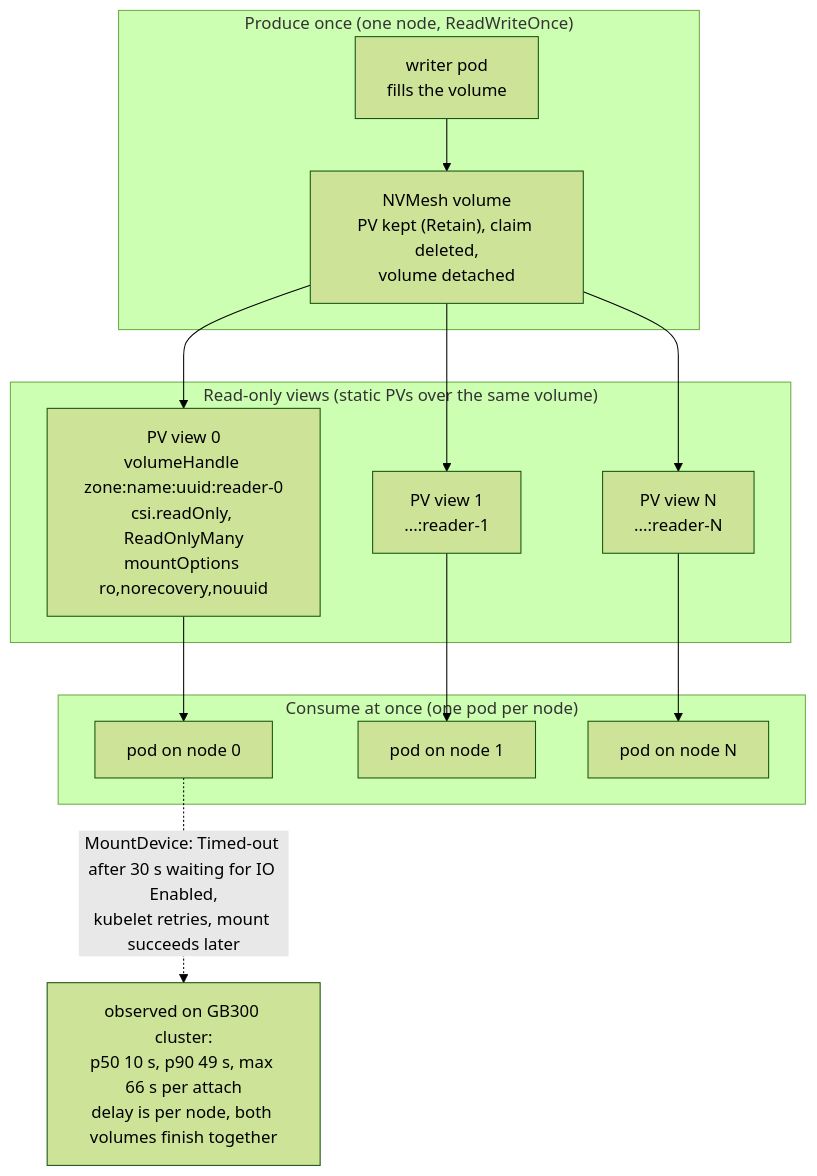
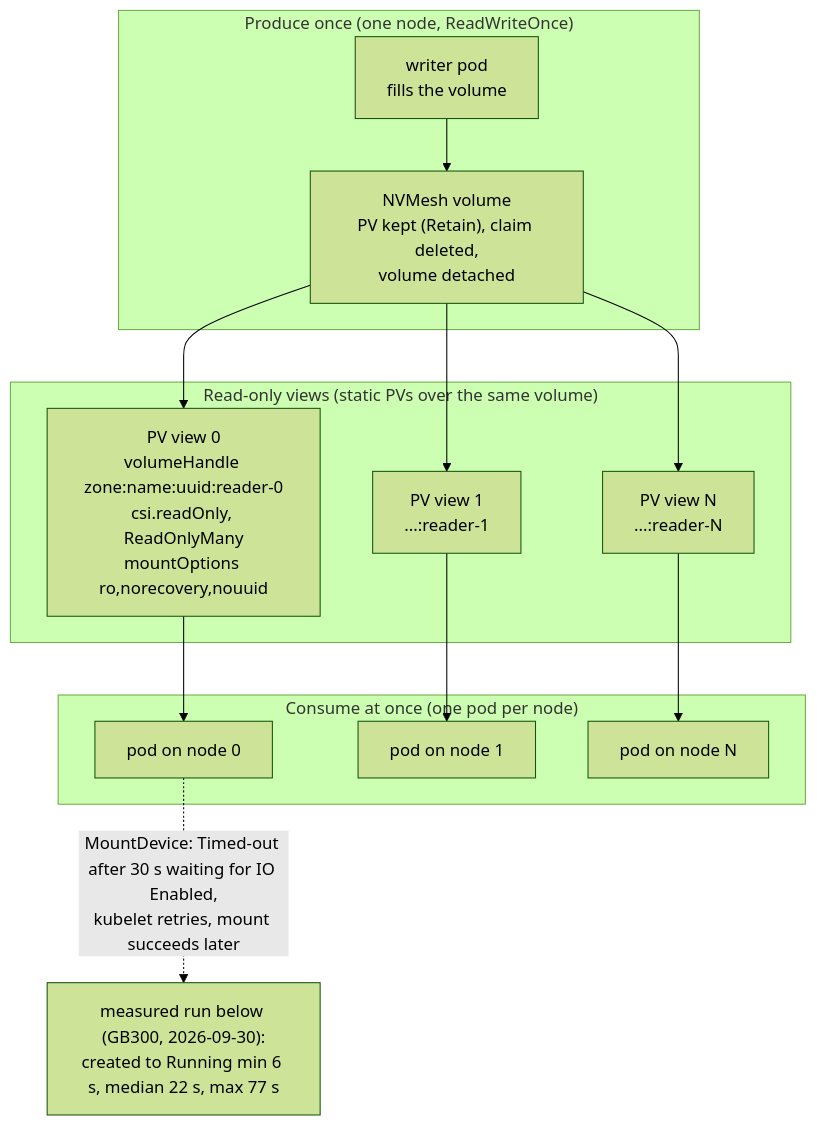
One commit to NVIDIA/nvcf changed the diagram in src/compute-plane-services/nvsnap/scripts/repro/nvmesh-shared-ro/README.md. Above: the diagram before and after it, drawn with Mermaid (forest theme). The commit also changed other lines of this file and 27 other files, not shown here.

````diff
--- a/src/compute-plane-services/nvsnap/scripts/repro/nvmesh-shared-ro/README.md
+++ b/src/compute-plane-services/nvsnap/scripts/repro/nvmesh-shared-ro/README.md
@@ -14,17 +14,17 @@
 ```mermaid
 flowchart TD
     subgraph produce["Produce once (one node, ReadWriteOnce)"]
         W["writer pod<br/>fills the volume"] --> V["NVMesh volume<br/>PV kept (Retain), claim deleted,<br/>volume detached"]
     end
     subgraph views["Read-only views (static PVs over the same volume)"]
         V --> R0["PV view 0<br/>volumeHandle zone:name:uuid:reader-0<br/>csi.readOnly, ReadOnlyMany<br/>mountOptions ro,norecovery,nouuid"]
         V --> R1["PV view 1<br/>...:reader-1"]
         V --> RN["PV view N<br/>...:reader-N"]
     end
     subgraph consume["Consume at once (one pod per node)"]
         R0 --> P0["pod on node 0"]
         R1 --> P1["pod on node 1"]
         RN --> PN["pod on node N"]
     end
-    P0 -. "MountDevice: Timed-out after 30 s waiting for IO Enabled,<br/>kubelet retries, mount succeeds later" .-> X["observed on GB300 cluster:<br/>p50 10 s, p90 49 s, max 66 s per attach<br/>delay is per node, both volumes finish together"]
+    P0 -. "MountDevice: Timed-out after 30 s waiting for IO Enabled,<br/>kubelet retries, mount succeeds later" .-> X["measured run below (GB300, 2026-09-30):<br/>created to Running min 6 s, median 22 s, max 77 s"]
 ```
````
